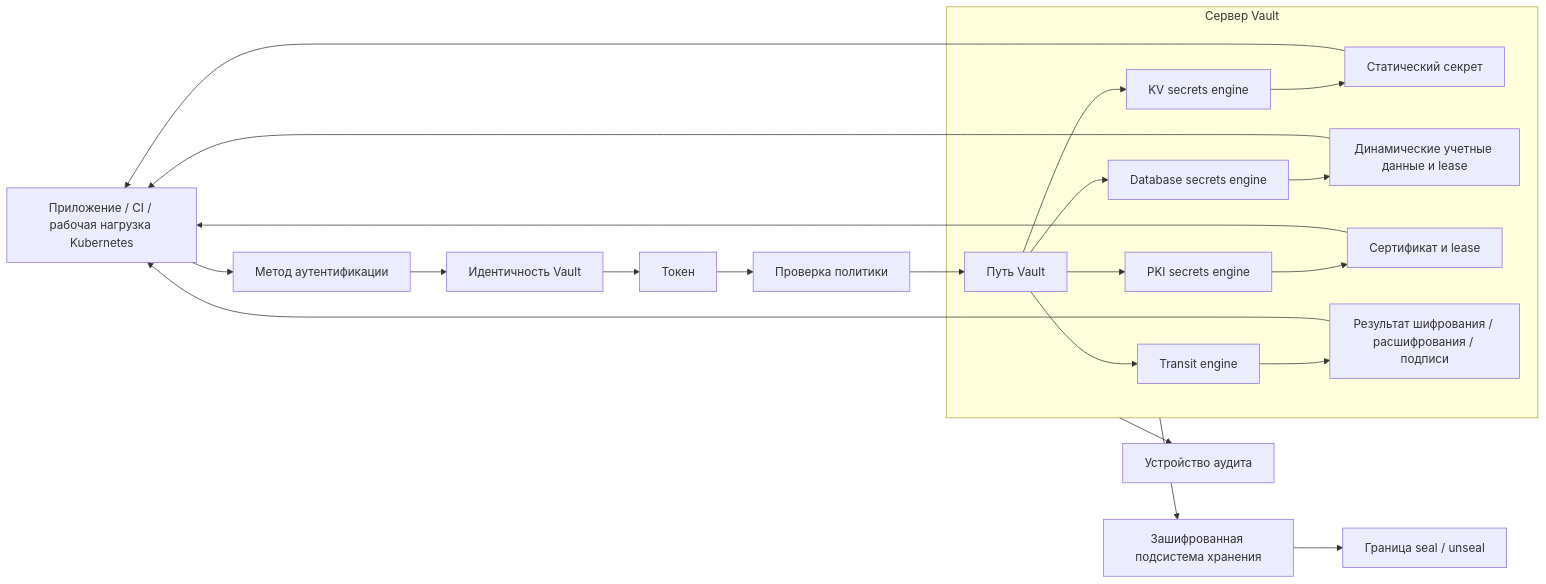
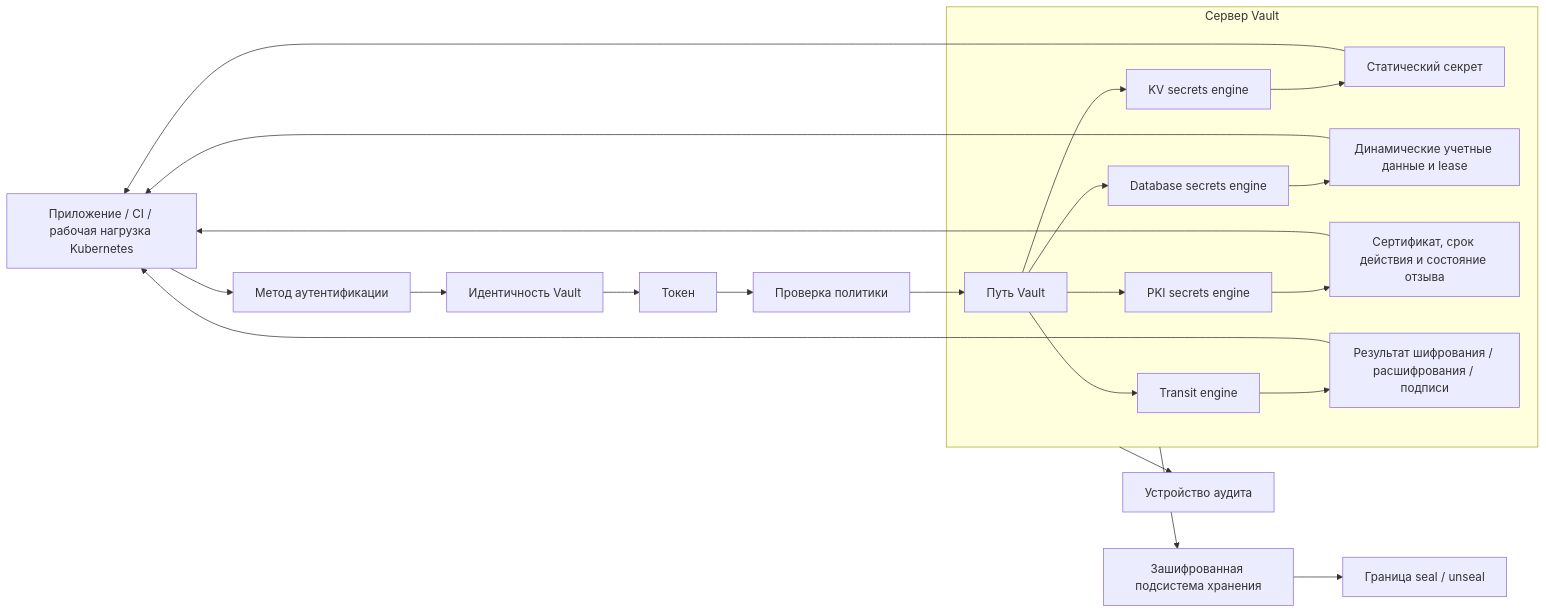
One commit to defrixx/defrixx.github.io changed diagram 12 of 17 in reference/infrastructure-technologies/infrastructure-technologies.ru.md. Above: the diagram before and after it, drawn with Mermaid. The commit also changed other lines of this file and 149 other files, not shown here.

````diff
--- a/reference/infrastructure-technologies/infrastructure-technologies.ru.md
+++ b/reference/infrastructure-technologies/infrastructure-technologies.ru.md
@@ -739,28 +872,28 @@
 ```mermaid
 flowchart LR
   Workload["Приложение / CI / рабочая нагрузка Kubernetes"] --> AuthMethod["Метод аутентификации"]
   AuthMethod --> Identity["Идентичность Vault"]
   Identity --> Token["Токен"]
   Token --> Policy["Проверка политики"]
   Policy --> Path["Путь Vault"]
 
   subgraph VaultServer["Сервер Vault"]
     Path --> KV["KV secrets engine"]
     Path --> DB["Database secrets engine"]
     Path --> PKI["PKI secrets engine"]
     Path --> Transit["Transit engine"]
     KV --> StaticSecret["Статический секрет"]
     DB --> DynamicCred["Динамические учетные данные и lease"]
-    PKI --> Certificate["Сертификат и lease"]
+    PKI --> Certificate["Сертификат, срок действия и состояние отзыва"]
     Transit --> CryptoResult["Результат шифрования / расшифрования / подписи"]
   end
 
   VaultServer --> Audit["Устройство аудита"]
   VaultServer --> Storage["Зашифрованная подсистема хранения"]
   Storage --> Seal["Граница seal / unseal"]
 
   StaticSecret --> Workload
   DynamicCred --> Workload
   Certificate --> Workload
   CryptoResult --> Workload
 ```
````
